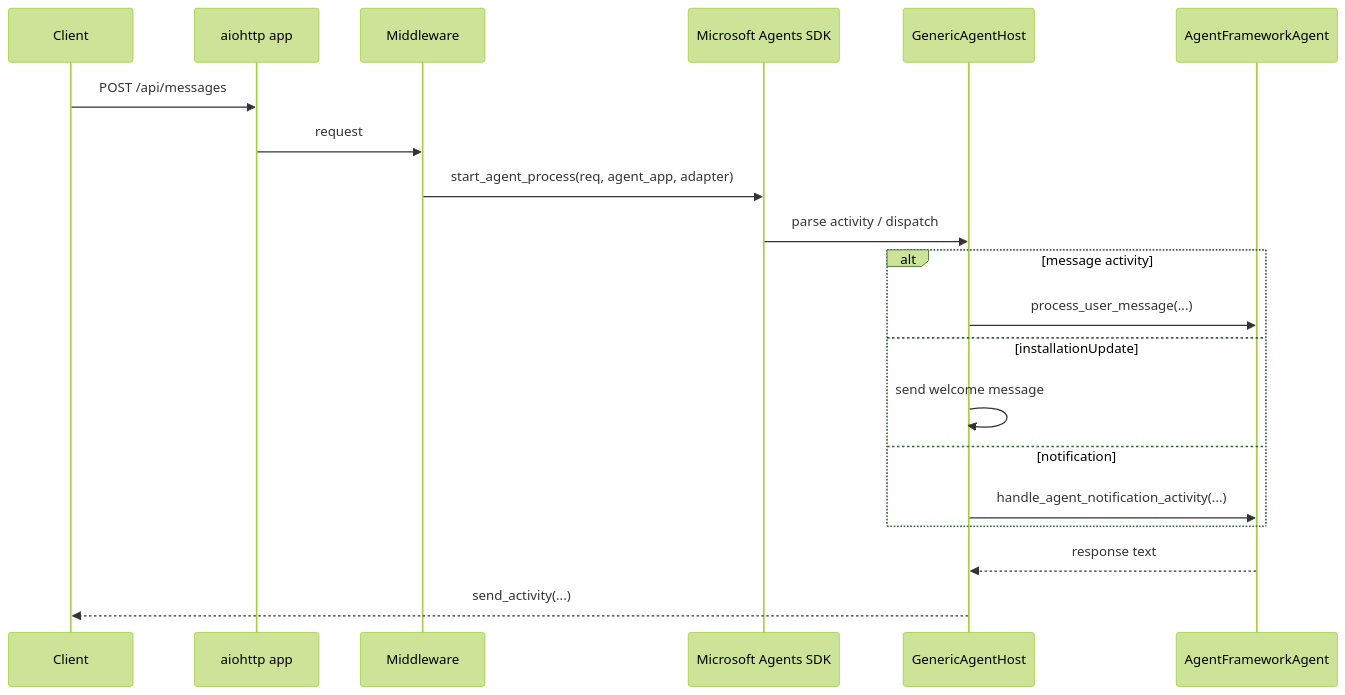
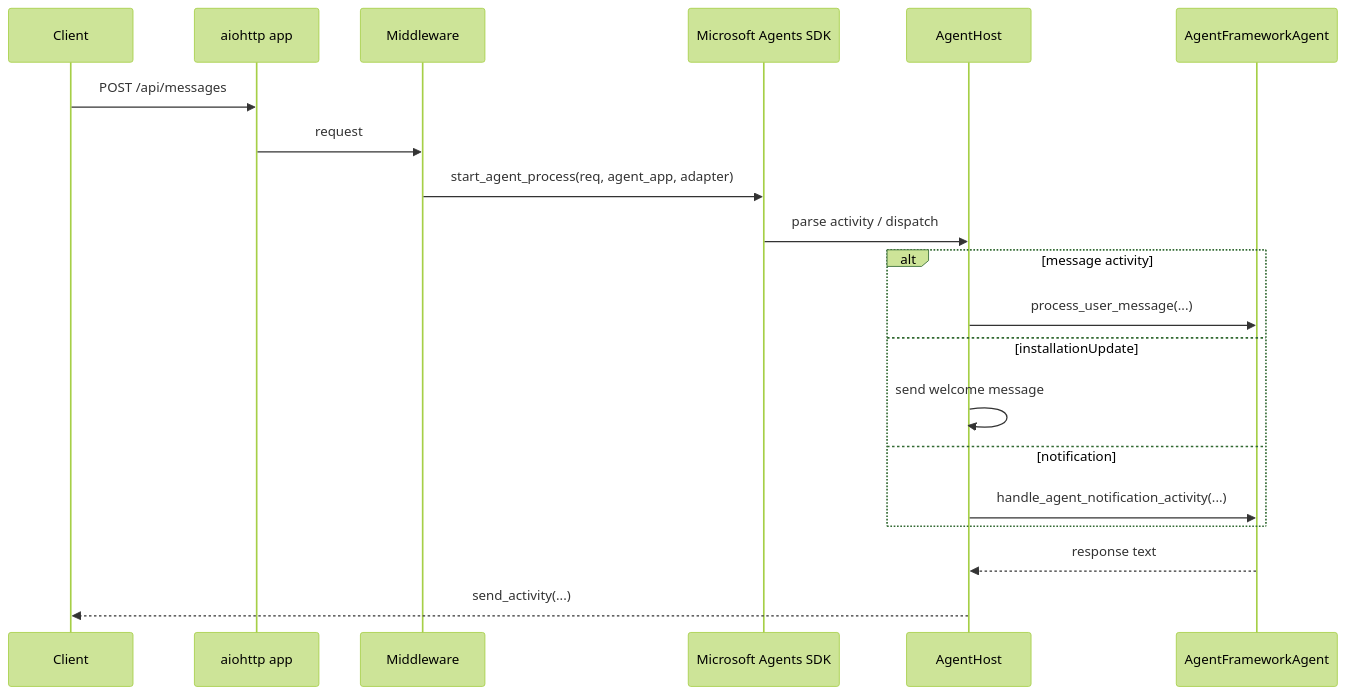
One commit to joetanx/mslab changed the third of 4 diagrams in agent-365/samples/agent-framework/README.md. Above: the diagram before and after it, drawn with Mermaid (forest theme). The commit also changed other lines of this file and 6 other files, not shown here.

````diff
--- a/agent-365/samples/agent-framework/README.md
+++ b/agent-365/samples/agent-framework/README.md
@@ -41,23 +40,23 @@
 ```mermaid
 sequenceDiagram
     participant Client
     participant HTTP as aiohttp app
     participant Middleware
     participant SDK as Microsoft Agents SDK
-    participant Host as GenericAgentHost
+    participant Host as AgentHost
     participant Agent as AgentFrameworkAgent
 
     Client->>HTTP: POST /api/messages
     HTTP->>Middleware: request
     Middleware->>SDK: start_agent_process(req, agent_app, adapter)
     SDK->>Host: parse activity / dispatch
     alt message activity
         Host->>Agent: process_user_message(...)
     else installationUpdate
         Host->>Host: send welcome message
     else notification
         Host->>Agent: handle_agent_notification_activity(...)
     end
     Agent-->>Host: response text
     Host-->>Client: send_activity(...)
 ```
````
